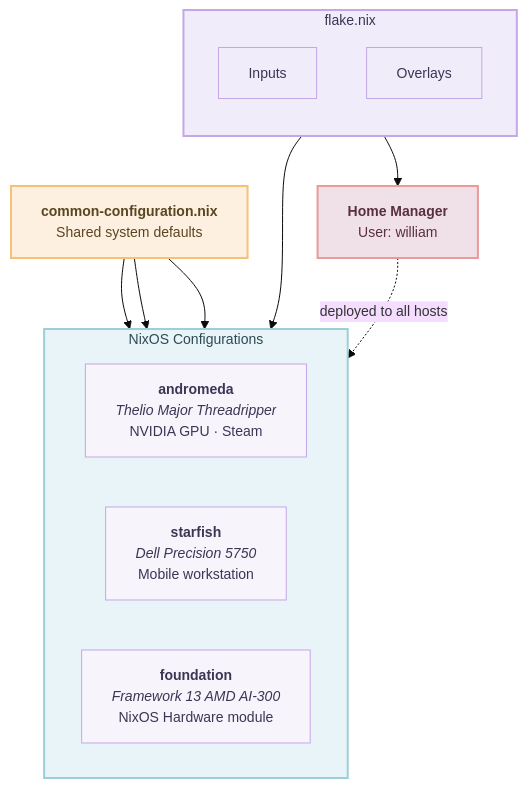
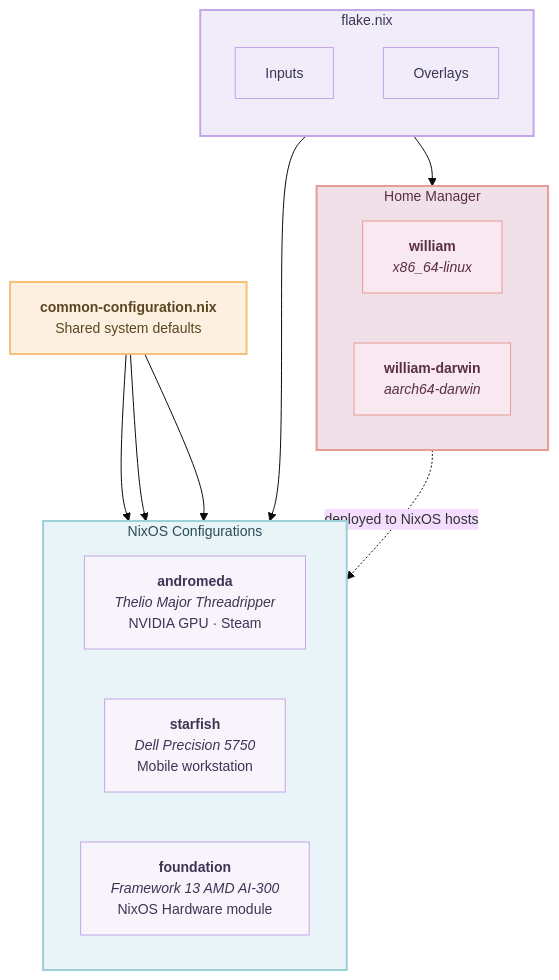
One commit to willfish/nix changed the first of 2 diagrams in README.md. Above: the diagram before and after it, drawn with Mermaid. The commit also changed other lines of this file and 9 other files, not shown here.

First line of the commit message:
Add macOS (aarch64-darwin) support and fix nvim-treesitter

````diff
--- a/README.md
+++ b/README.md
@@ -9,36 +9,42 @@
 ```mermaid
 %%{init: {'theme': 'base', 'themeVariables': { 'fontSize': '14px', 'fontFamily': 'JetBrains Mono, monospace' }}}%%
 flowchart TB
     subgraph flake [" flake.nix "]
         direction TB
         inputs["Inputs"]
         overlay["Overlays"]
     end
 
     subgraph hosts ["NixOS Configurations"]
         direction LR
         andromeda["<b>andromeda</b><br/><i>Thelio Major Threadripper</i><br/>NVIDIA GPU · Steam"]
         starfish["<b>starfish</b><br/><i>Dell Precision 5750</i><br/>Mobile workstation"]
         foundation["<b>foundation</b><br/><i>Framework 13 AMD AI-300</i><br/>NixOS Hardware module"]
     end
 
     common["<b>common-configuration.nix</b><br/>Shared system defaults"]
-    hm["<b>Home Manager</b><br/>User: william"]
+    subgraph hm ["Home Manager"]
+        direction LR
+        hm_linux["<b>william</b><br/><i>x86_64-linux</i>"]
+        hm_darwin["<b>william-darwin</b><br/><i>aarch64-darwin</i>"]
+    end
 
     flake --> hosts
     flake --> hm
     common --> andromeda
     common --> starfish
     common --> foundation
-    hm -.->|deployed to all hosts| hosts
+    hm_linux -.->|deployed to NixOS hosts| hosts
 
     style flake fill:#f0ecf9,stroke:#c4a7e7,stroke-width:2px,color:#3c3554
     style hosts fill:#e8f4f8,stroke:#9ccfd8,stroke-width:2px,color:#2d4a54
     style common fill:#fdf0e0,stroke:#f6c177,stroke-width:2px,color:#5a4520
     style hm fill:#f0e0e8,stroke:#ea9a97,stroke-width:2px,color:#5a3040
+    style hm_linux fill:#f8e8f0,stroke:#ea9a97,color:#5a3040
+    style hm_darwin fill:#f8e8f0,stroke:#ea9a97,color:#5a3040
     style andromeda fill:#f8f4fc,stroke:#c4a7e7,color:#3c3554
     style starfish fill:#f8f4fc,stroke:#c4a7e7,color:#3c3554
     style foundation fill:#f8f4fc,stroke:#c4a7e7,color:#3c3554
     style inputs fill:#f0ecf9,stroke:#c4a7e7,color:#3c3554
     style overlay fill:#f0ecf9,stroke:#c4a7e7,color:#3c3554
 ```
````
